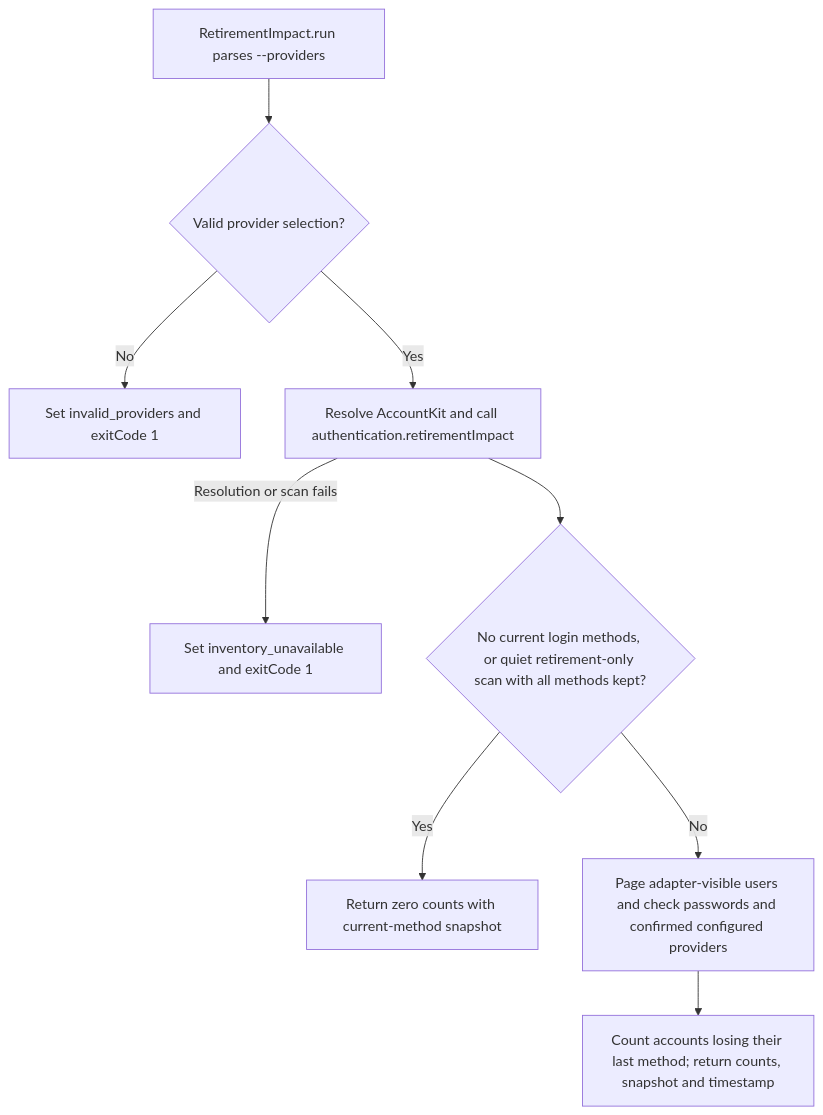
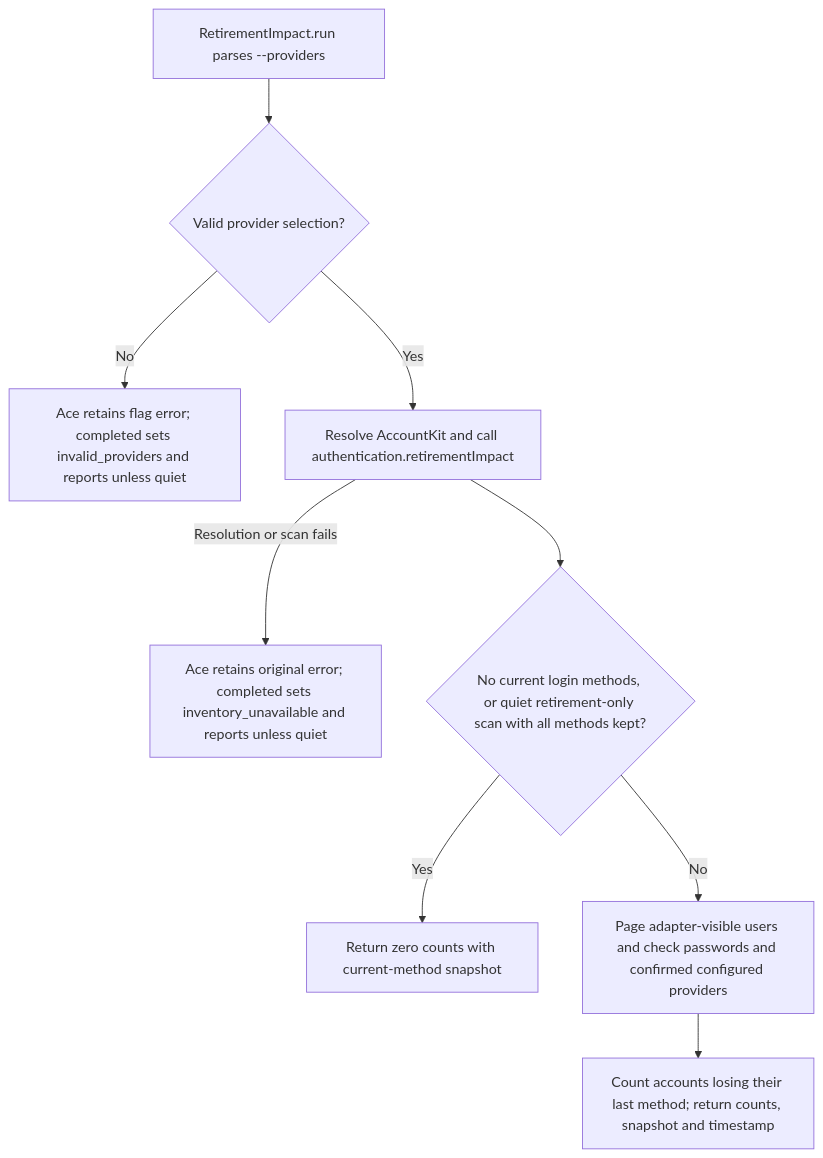
Before and after one commit to Kevinjohn/oss-adonisjs-account-kit: the second of 2 diagrams in user-stories/US-ACCOUNT-44-check-login-retirement-impact.md, drawn with Mermaid. The commit also changed other lines of this file and 21 other files, not shown here.

````diff
--- a/user-stories/US-ACCOUNT-44-check-login-retirement-impact.md
+++ b/user-stories/US-ACCOUNT-44-check-login-retirement-impact.md
@@ -33,11 +33,11 @@
 ```mermaid
 flowchart TD
  A["RetirementImpact.run parses --providers"] --> V{"Valid provider selection?"}
- V -->|No| P["Set invalid_providers and exitCode 1"]
+ V -->|No| P["Ace retains flag error; completed sets invalid_providers and reports unless quiet"]
  V -->|Yes| B["Resolve AccountKit and call authentication.retirementImpact"]
- B -->|Resolution or scan fails| U["Set inventory_unavailable and exitCode 1"]
+ B -->|Resolution or scan fails| U["Ace retains original error; completed sets inventory_unavailable and reports unless quiet"]
  B --> N{"No current login methods, or quiet retirement-only scan with all methods kept?"}
  N -->|Yes| Z["Return zero counts with current-method snapshot"]
  N -->|No| C["Page adapter-visible users and check passwords and confirmed configured providers"]
  C --> G["Count accounts losing their last method; return counts, snapshot and timestamp"]
 ```
````
